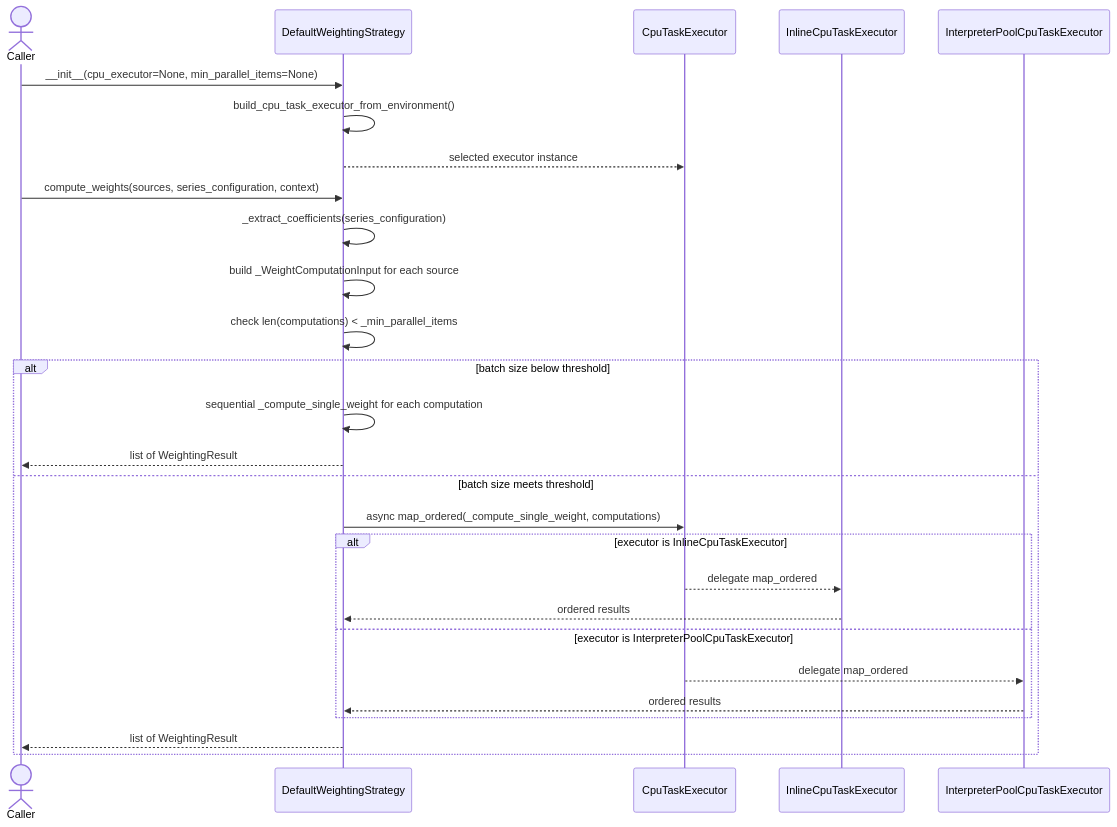
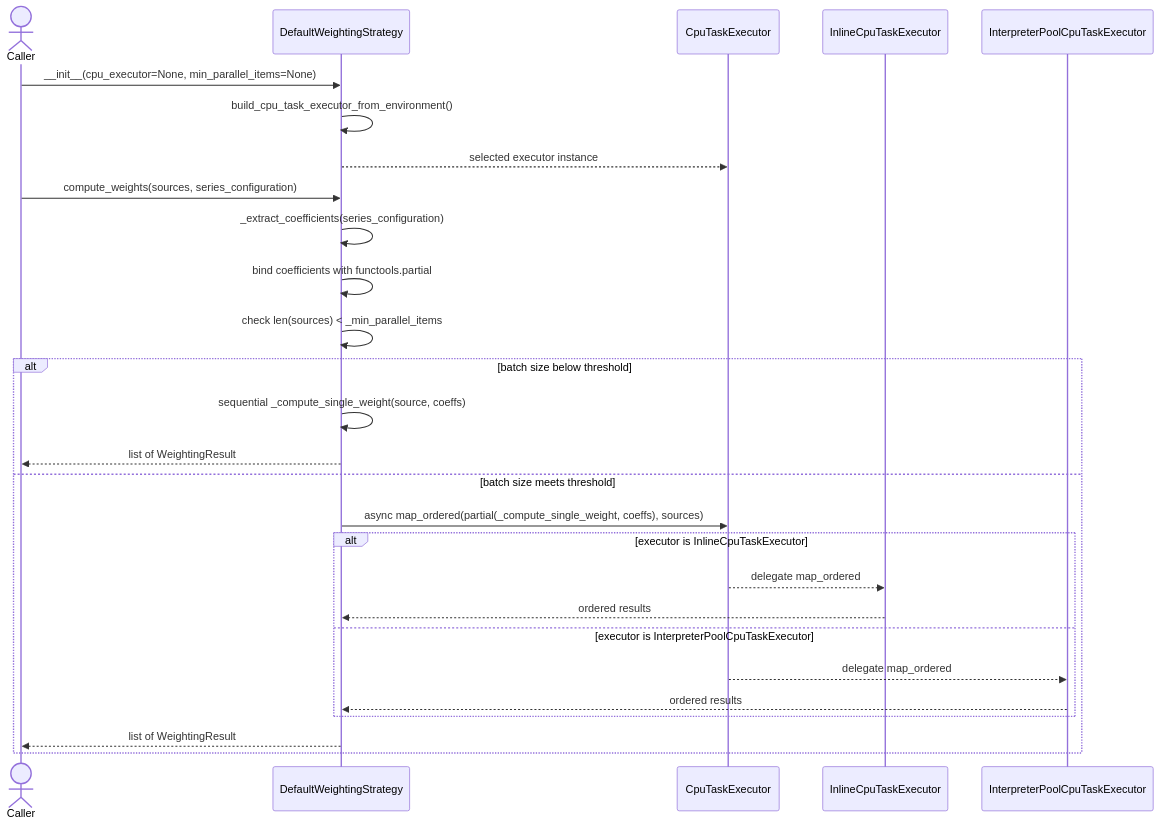
One commit to leynos/episodic changed the first of 13 diagrams in docs/episodic-podcast-generation-system-design.md. Above: the diagram before and after it, drawn with Mermaid. The commit also changed 4 other files, not shown here.

First line of the commit message:
feat(weighting): add configurable executor dispatch threshold in DefaultWeightingStrategy

````diff
--- a/docs/episodic-podcast-generation-system-design.md
+++ b/docs/episodic-podcast-generation-system-design.md
@@ -301,32 +301,32 @@
 ```mermaid
 sequenceDiagram
     actor Caller
     participant DefaultWeightingStrategy
     participant CpuTaskExecutor
     participant InlineCpuTaskExecutor
     participant InterpreterPoolCpuTaskExecutor
 
     Caller->>DefaultWeightingStrategy: __init__(cpu_executor=None, min_parallel_items=None)
     DefaultWeightingStrategy->>DefaultWeightingStrategy: build_cpu_task_executor_from_environment()
     DefaultWeightingStrategy-->>CpuTaskExecutor: selected executor instance
 
-    Caller->>DefaultWeightingStrategy: compute_weights(sources, series_configuration, context)
+    Caller->>DefaultWeightingStrategy: compute_weights(sources, series_configuration)
     DefaultWeightingStrategy->>DefaultWeightingStrategy: _extract_coefficients(series_configuration)
-    DefaultWeightingStrategy->>DefaultWeightingStrategy: build _WeightComputationInput for each source
-    DefaultWeightingStrategy->>DefaultWeightingStrategy: check len(computations) < _min_parallel_items
+    DefaultWeightingStrategy->>DefaultWeightingStrategy: bind coefficients with functools.partial
+    DefaultWeightingStrategy->>DefaultWeightingStrategy: check len(sources) < _min_parallel_items
 
     alt batch size below threshold
-        DefaultWeightingStrategy->>DefaultWeightingStrategy: sequential _compute_single_weight for each computation
+        DefaultWeightingStrategy->>DefaultWeightingStrategy: sequential _compute_single_weight(source, coeffs)
         DefaultWeightingStrategy-->>Caller: list of WeightingResult
     else batch size meets threshold
-        DefaultWeightingStrategy->>CpuTaskExecutor: async map_ordered(_compute_single_weight, computations)
+        DefaultWeightingStrategy->>CpuTaskExecutor: async map_ordered(partial(_compute_single_weight, coeffs), sources)
         alt executor is InlineCpuTaskExecutor
             CpuTaskExecutor-->>InlineCpuTaskExecutor: delegate map_ordered
             InlineCpuTaskExecutor-->>DefaultWeightingStrategy: ordered results
         else executor is InterpreterPoolCpuTaskExecutor
             CpuTaskExecutor-->>InterpreterPoolCpuTaskExecutor: delegate map_ordered
             InterpreterPoolCpuTaskExecutor-->>DefaultWeightingStrategy: ordered results
         end
         DefaultWeightingStrategy-->>Caller: list of WeightingResult
     end
 ```
````
